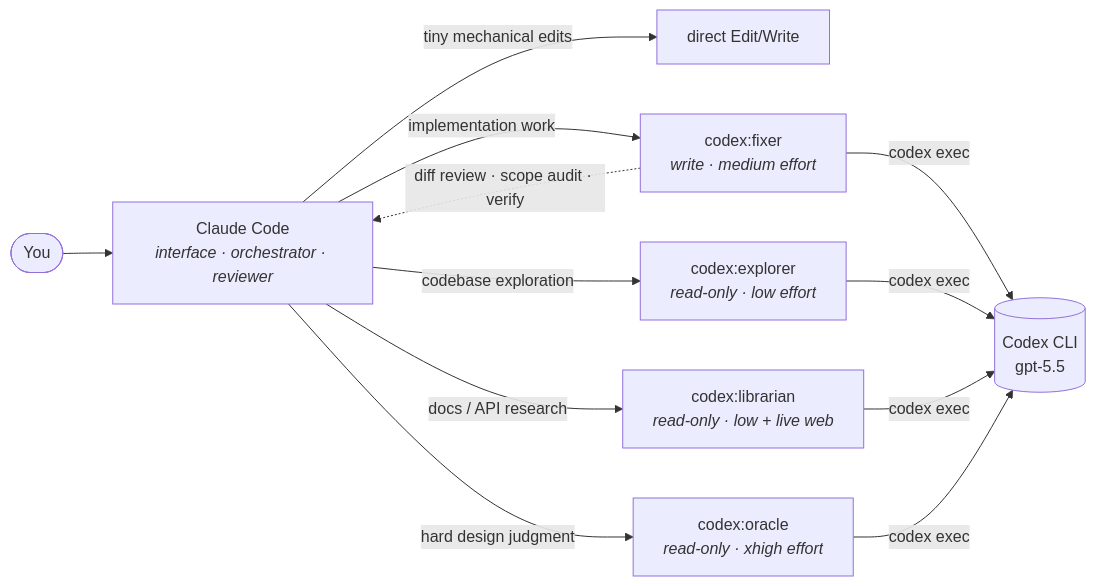
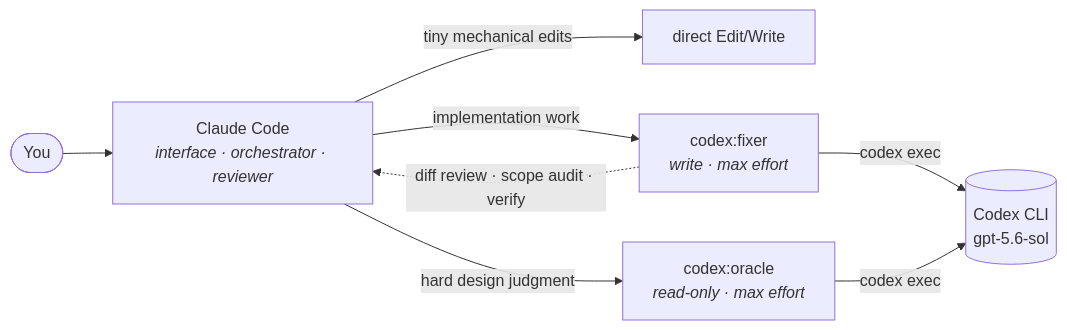
Before and after one commit to foxytanuki/cccodex: the diagram in README.md, drawn with Mermaid. The commit also changed other lines of this file and 6 other files, not shown here.

First line of the commit message:
Trim to fixer + oracle; release 0.3.0

````diff
--- a/README.md
+++ b/README.md
@@ -27,11 +27,9 @@
 ```mermaid
 flowchart LR
     U([You]) --> CC[Claude Code<br/><i>interface · orchestrator · reviewer</i>]
     CC -- "tiny mechanical edits" --> direct[direct Edit/Write]
-    CC -- "implementation work" --> F[codex:fixer<br/><i>write · medium effort</i>]
-    CC -- "codebase exploration" --> E[codex:explorer<br/><i>read-only · low effort</i>]
-    CC -- "docs / API research" --> L[codex:librarian<br/><i>read-only · low + live web</i>]
-    CC -- "hard design judgment" --> O[codex:oracle<br/><i>read-only · xhigh effort</i>]
-    F & E & L & O -- "codex exec" --> X[(Codex CLI<br/>gpt-5.5)]
+    CC -- "implementation work" --> F[codex:fixer<br/><i>write · max effort</i>]
+    CC -- "hard design judgment" --> O[codex:oracle<br/><i>read-only · max effort</i>]
+    F & O -- "codex exec" --> X[(Codex CLI<br/>gpt-5.6-sol)]
     F -. "diff review · scope audit · verify" .-> CC
 ```
````
